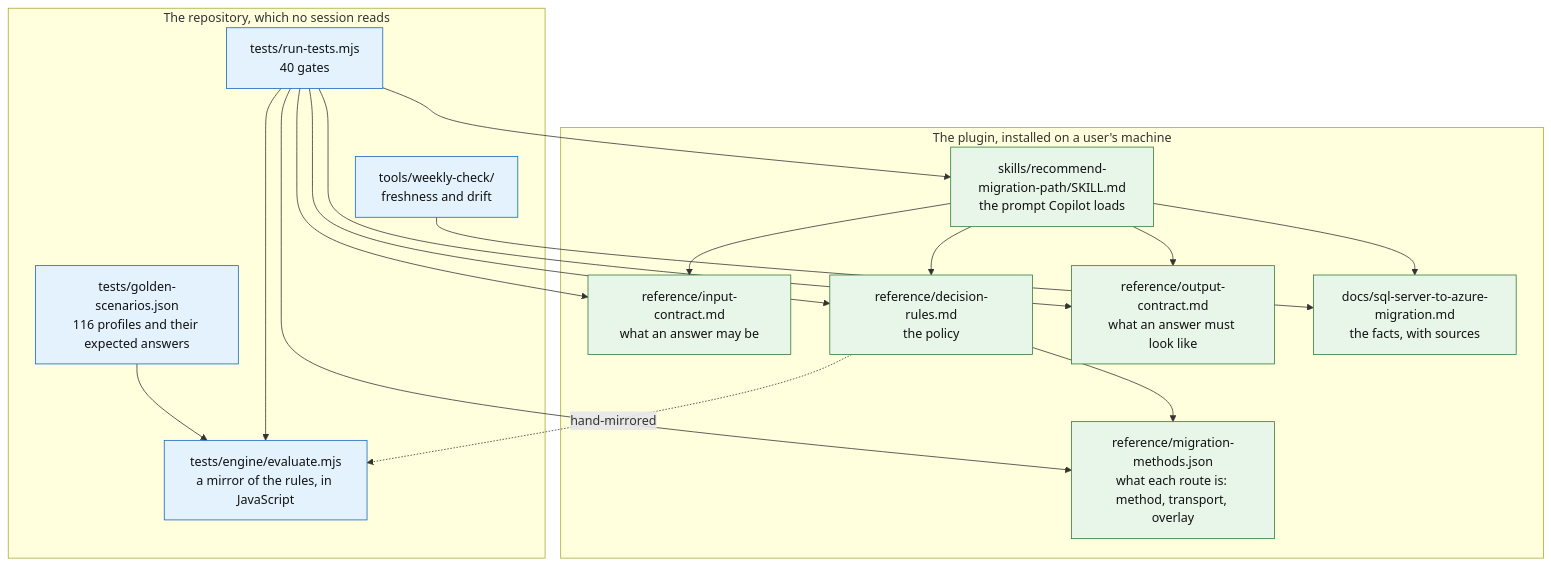
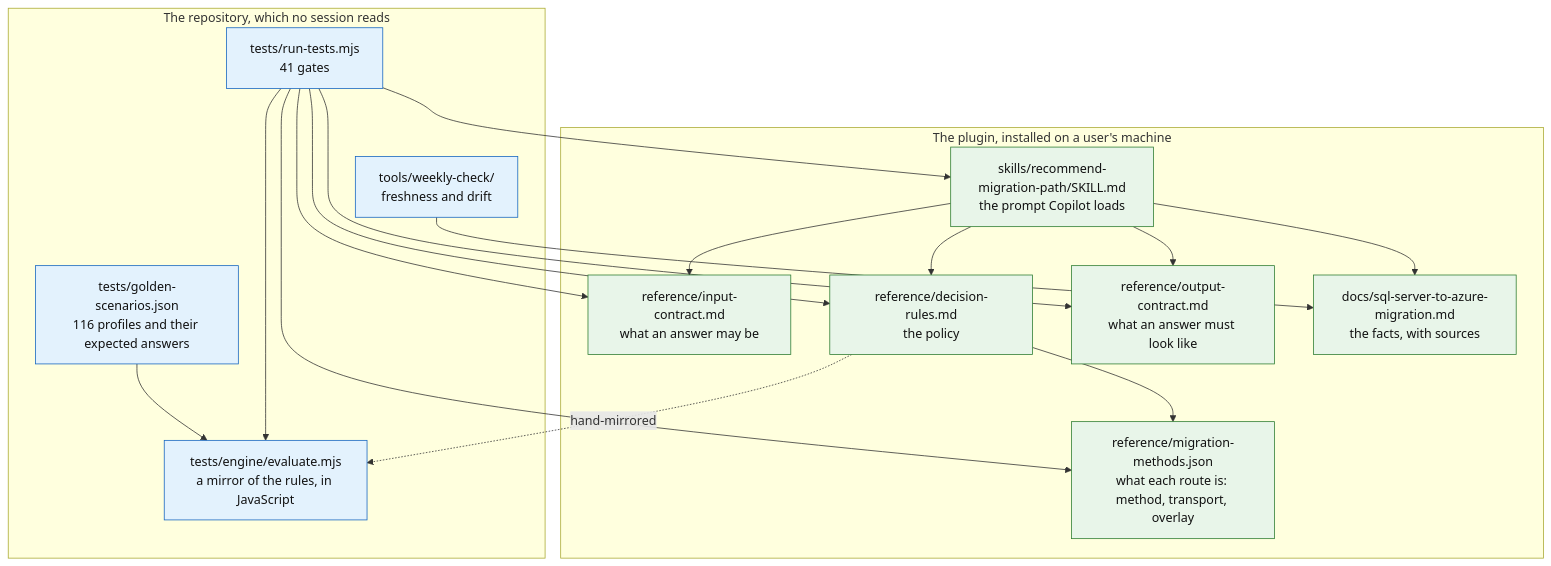
One commit to fredgis/sql-migration-advisor changed the first of 3 diagrams in docs/ARCHITECTURE.md. Above: the diagram before and after it, drawn with Mermaid. The commit also changed other lines of this file and 9 other files, not shown here.

````diff
--- a/docs/ARCHITECTURE.md
+++ b/docs/ARCHITECTURE.md
@@ -28,38 +28,38 @@
 ```mermaid
 flowchart TD
     subgraph plugin["The plugin, installed on a user's machine"]
       SK["skills/recommend-migration-path/SKILL.md<br/>the prompt Copilot loads"]
       IC["reference/input-contract.md<br/>what an answer may be"]
       DR["reference/decision-rules.md<br/>the policy"]
       OC["reference/output-contract.md<br/>what an answer must look like"]
       MM["reference/migration-methods.json<br/>what each route is: method, transport, overlay"]
       KB["docs/sql-server-to-azure-migration.md<br/>the facts, with sources"]
     end
 
     subgraph repo["The repository, which no session reads"]
       EN["tests/engine/evaluate.mjs<br/>a mirror of the rules, in JavaScript"]
       GS["tests/golden-scenarios.json<br/>116 profiles and their expected answers"]
-      GA["tests/run-tests.mjs<br/>40 gates"]
+      GA["tests/run-tests.mjs<br/>41 gates"]
       WK["tools/weekly-check/<br/>freshness and drift"]
     end
 
     SK --> IC
     SK --> DR
     SK --> OC
     SK --> KB
     DR --> MM
     DR -.->|hand-mirrored| EN
     GS --> EN
     GA --> EN
     GA --> SK
     GA --> IC
     GA --> DR
     GA --> OC
     GA --> MM
     WK --> KB
 
     classDef live fill:#e8f5e9,stroke:#2e7d32,color:#111
     classDef test fill:#e3f2fd,stroke:#1565c0,color:#111
     class SK,IC,DR,OC,KB,MM live
     class EN,GS,GA,WK test
 ```
````
